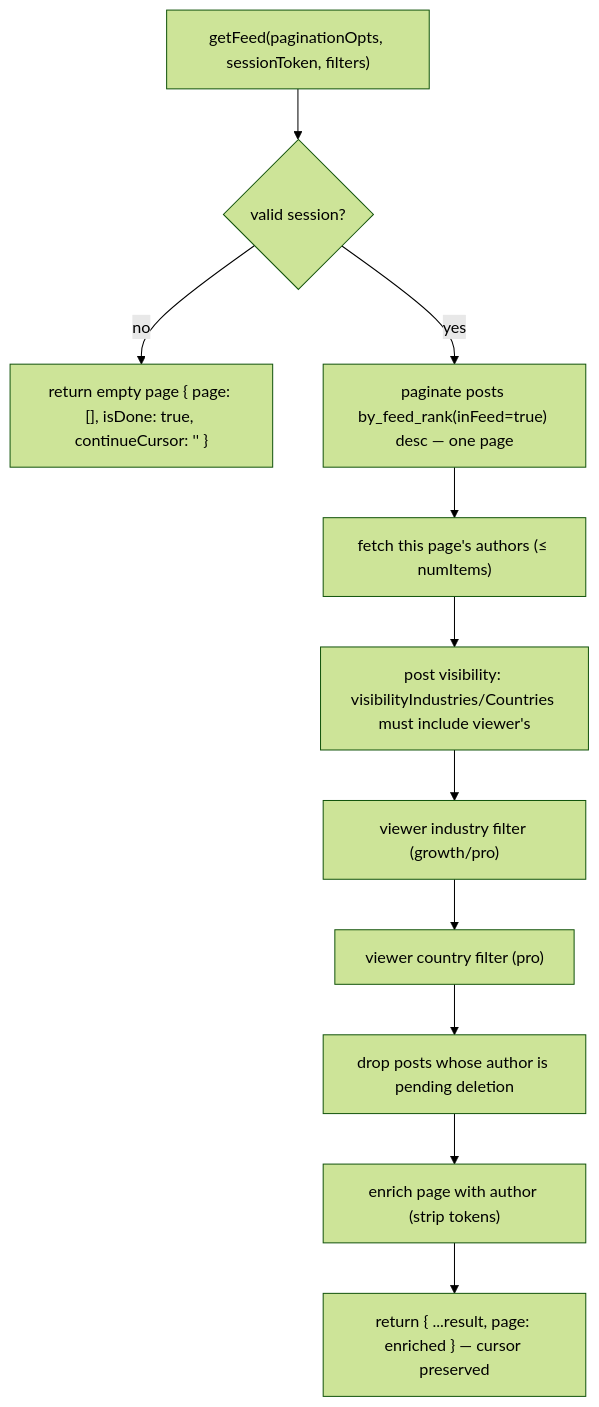
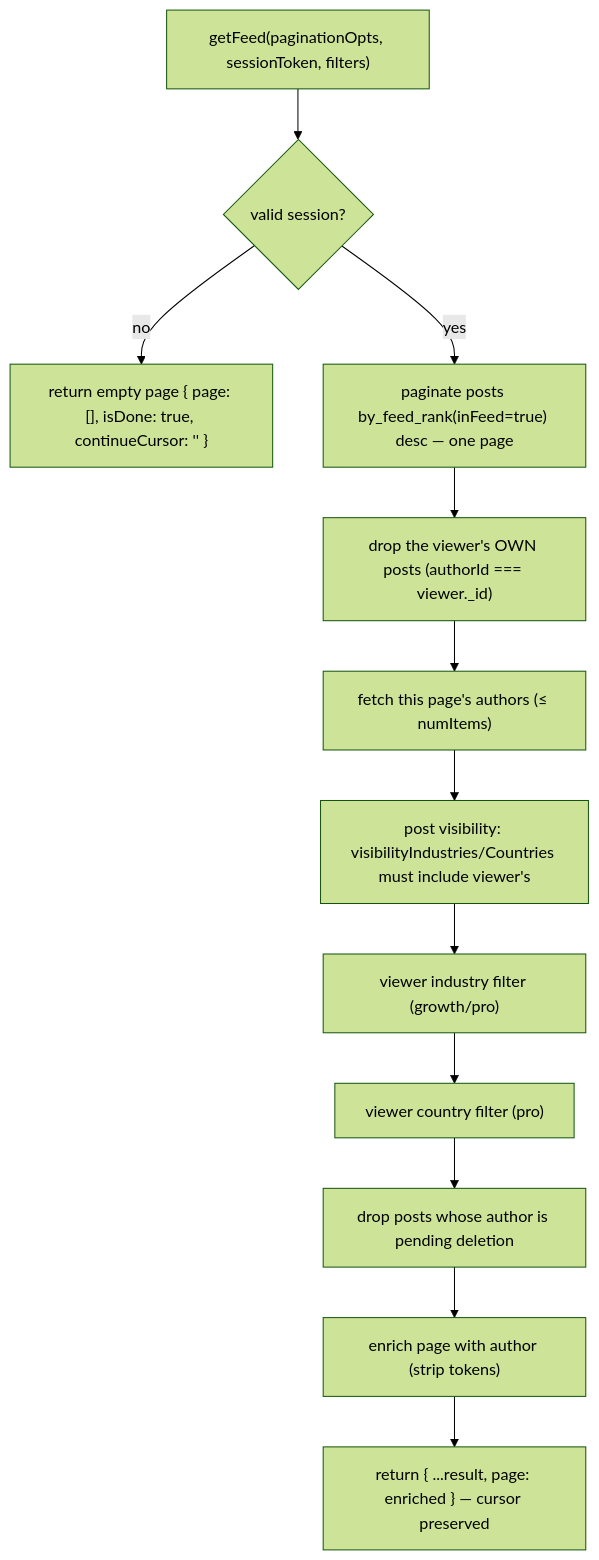
One commit to henriko202/glowing-octo-guide changed the tenth of 21 diagrams in docs/PLATFORM.md. Above: the diagram before and after it, drawn with Mermaid (forest theme). The commit also changed other lines of this file and 23 other files, not shown here.

````diff
--- a/docs/PLATFORM.md
+++ b/docs/PLATFORM.md
@@ -1321,13 +1321,14 @@
 ```mermaid
 flowchart TD
     G["getFeed(paginationOpts, sessionToken, filters)"] --> AU{"valid session?"}
     AU -->|no| EMPTY["return empty page { page: [], isDone: true, continueCursor: '' }"]
     AU -->|yes| BASE["paginate posts by_feed_rank(inFeed=true) desc — one page"]
-    BASE --> AUTHF["fetch this page's authors (≤ numItems)"]
+    BASE --> F1["drop the viewer's OWN posts (authorId === viewer._id)"]
+    F1 --> AUTHF["fetch this page's authors (≤ numItems)"]
     AUTHF --> F2["post visibility: visibilityIndustries/Countries must include viewer's"]
     F2 --> F3["viewer industry filter (growth/pro)"]
     F3 --> F4["viewer country filter (pro)"]
     F4 --> F5["drop posts whose author is pending deletion"]
     F5 --> ENR["enrich page with author (strip tokens)"]
     ENR --> RET["return { ...result, page: enriched } — cursor preserved"]
 ```
````
